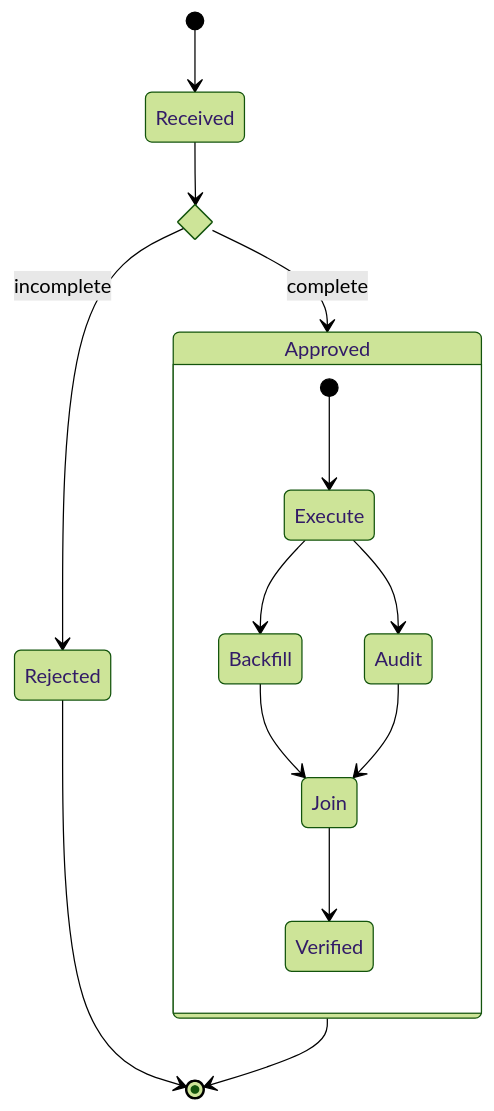
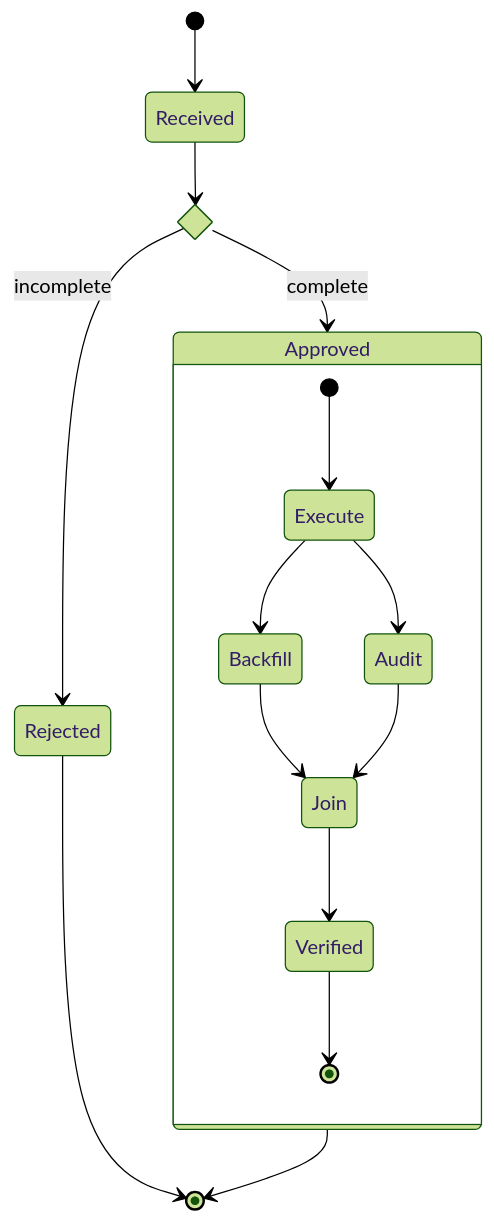
One commit to mols3131d/mols-agent-assets changed the second of 5 diagrams in src/rulesync/.rulesync/skills/mols-mermaid-diagram/references/examples/state-diagram.md. Above: the diagram before and after it, drawn with Mermaid (forest theme). The commit also changed other lines of this file, not shown here.

Commit message:
docs(mermaid): deepen state diagram guidance

````diff
--- a/src/rulesync/.rulesync/skills/mols-mermaid-diagram/references/examples/state-diagram.md
+++ b/src/rulesync/.rulesync/skills/mols-mermaid-diagram/references/examples/state-diagram.md
@@ -17,22 +43,23 @@
 ```mermaid
 stateDiagram-v2
     state evidence_check <<choice>>
     [*] --> Received
     Received --> evidence_check
     evidence_check --> Rejected: incomplete
     evidence_check --> Approved: complete
 
     state Approved {
         [*] --> Execute
         state Execute <<fork>>
         Execute --> Backfill
         Execute --> Audit
         Backfill --> Join
         Audit --> Join
         state Join <<join>>
         Join --> Verified
+        Verified --> [*]
     }
 
     Rejected --> [*]
     Approved --> [*]
 ```
````
